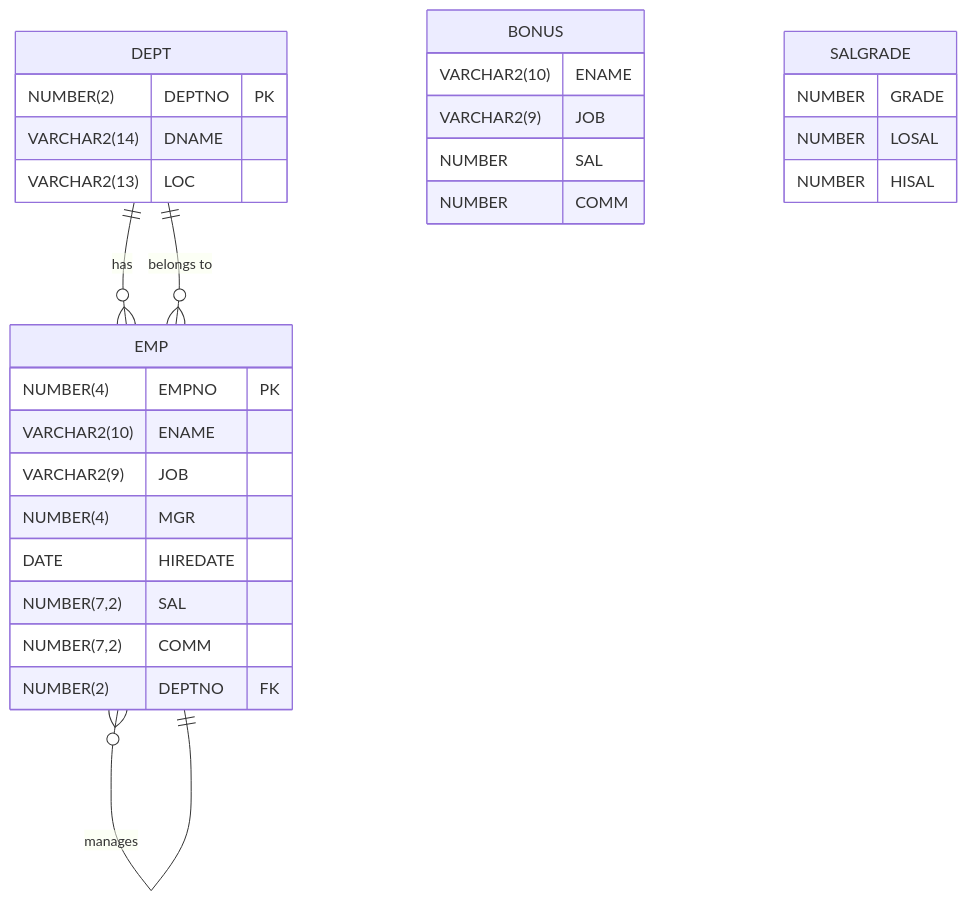
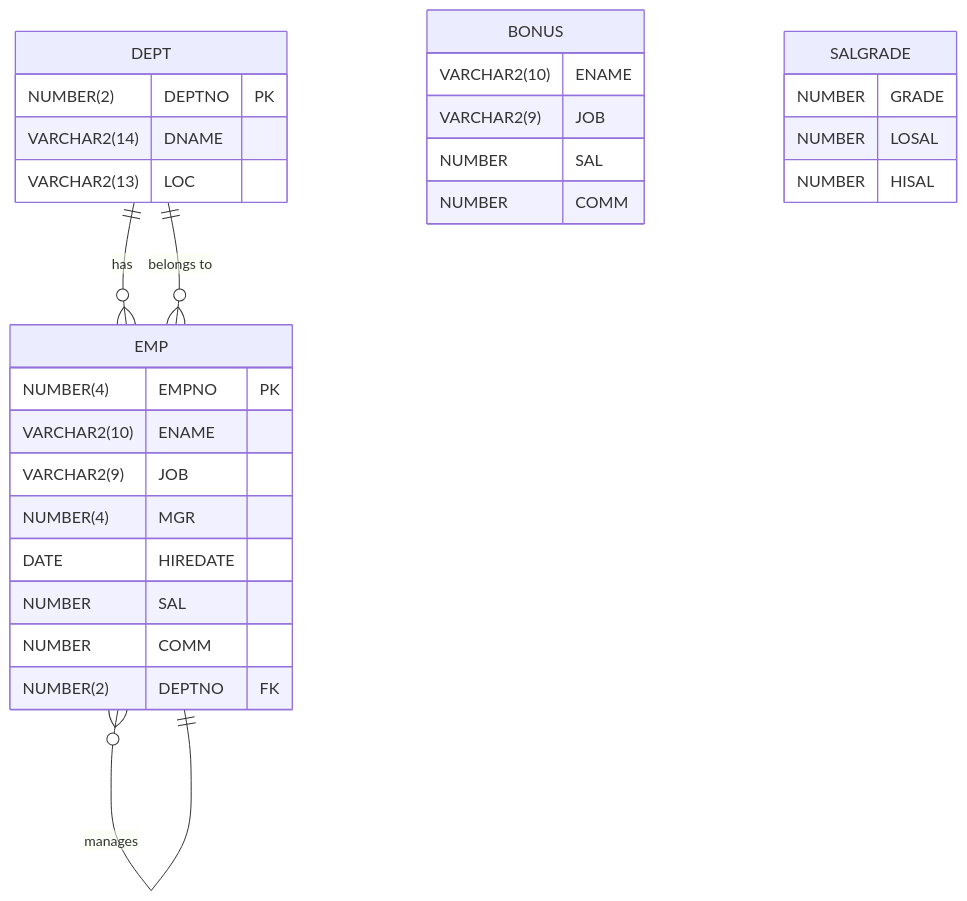
The diagram in diagram_scott.md (drmoutlook/document_test), drawn with Mermaid before and after one commit.

````diff
--- a/diagram_scott.md
+++ b/diagram_scott.md
@@ -1,33 +1,33 @@
 ```mermaid
 erDiagram
     DEPT {
         NUMBER(2) DEPTNO PK
         VARCHAR2(14) DNAME
         VARCHAR2(13) LOC
     }
     EMP {
         NUMBER(4) EMPNO PK
         VARCHAR2(10) ENAME
         VARCHAR2(9) JOB
         NUMBER(4) MGR
         DATE HIREDATE
-        NUMBER(7,2) SAL
-        NUMBER(7,2) COMM
+        NUMBER SAL
+        NUMBER COMM
         NUMBER(2) DEPTNO FK
     }
     BONUS {
         VARCHAR2(10) ENAME
         VARCHAR2(9) JOB
         NUMBER SAL
         NUMBER COMM
     }
     SALGRADE {
         NUMBER GRADE
         NUMBER LOSAL
         NUMBER HISAL
     }
 
     DEPT ||--o{ EMP : "has"
     EMP }o--|| EMP : "manages"
     EMP }o--|| DEPT : "belongs to"
 ```
````
